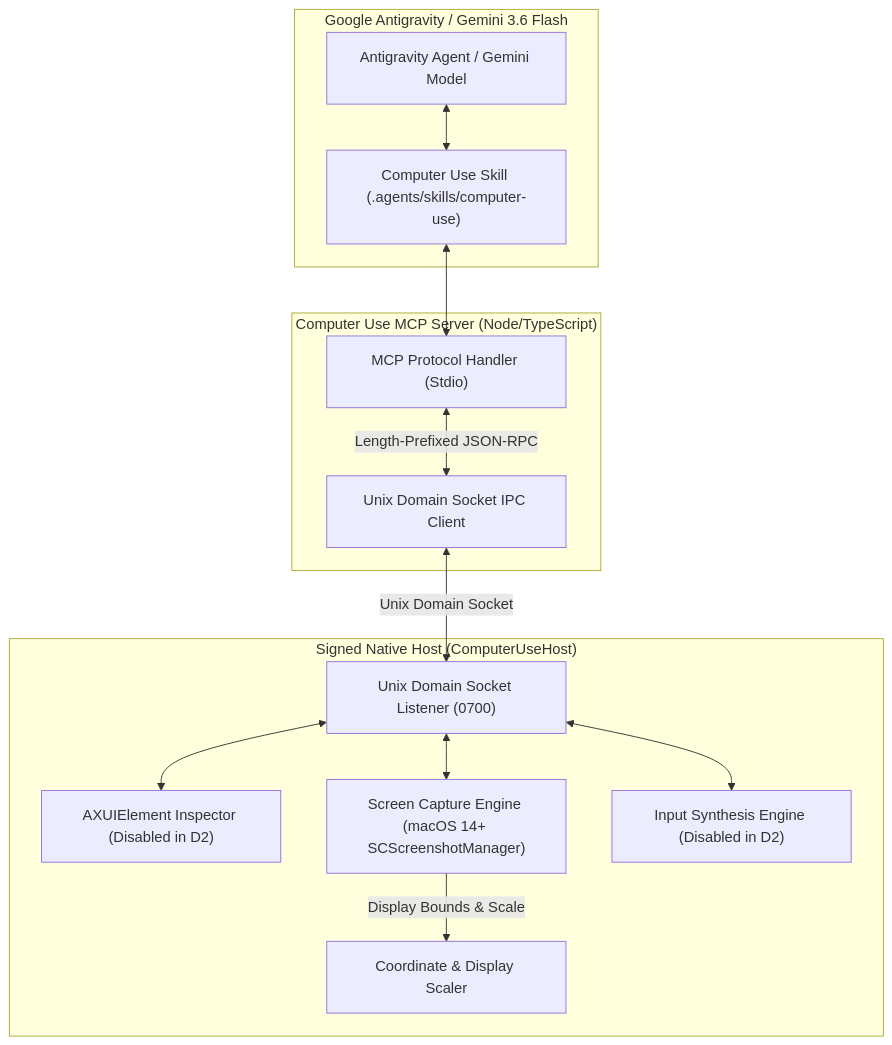
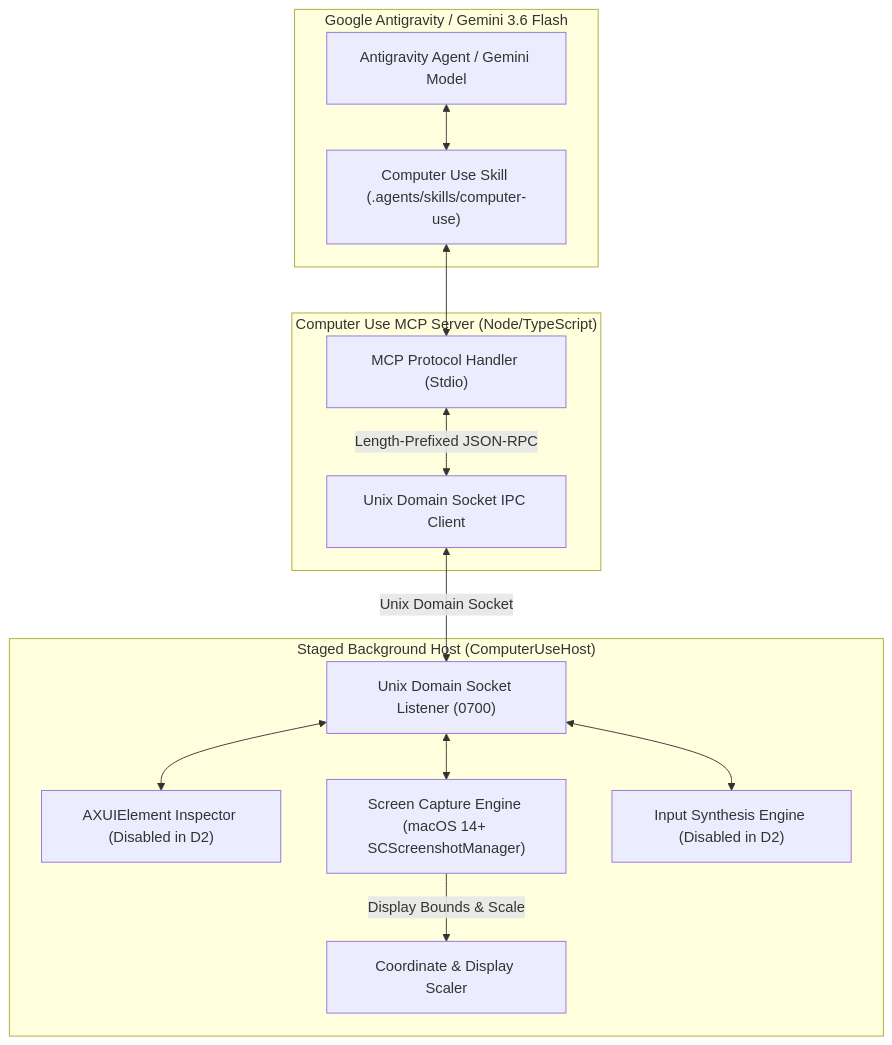
The diagram in README.md (saariuslystoned/agy-computer-use), drawn with Mermaid before and after one commit. The commit also changed 5 other files, not shown here.

````diff
--- a/README.md
+++ b/README.md
@@ -20,29 +20,29 @@
 ```mermaid
 flowchart TD
     subgraph Antigravity ["Google Antigravity / Gemini 3.6 Flash"]
         Agent["Antigravity Agent / Gemini Model"]
         Skill["Computer Use Skill (.agents/skills/computer-use)"]
     end
 
     subgraph Server ["Computer Use MCP Server (Node/TypeScript)"]
         MCP["MCP Protocol Handler (Stdio)"]
         SocketClient["Unix Domain Socket IPC Client"]
     end
 
-    subgraph Native ["Signed Native Host (ComputerUseHost)"]
+    subgraph Native ["Staged Background Host (ComputerUseHost)"]
         SocketServer["Unix Domain Socket Listener (0700)"]
         AXEngine["AXUIElement Inspector (Disabled in D2)"]
         CapEngine["Screen Capture Engine (macOS 14+ SCScreenshotManager)"]
         InputEngine["Input Synthesis Engine (Disabled in D2)"]
         CoordMapper["Coordinate & Display Scaler"]
     end
 
     Agent <--> Skill
     Skill <--> MCP
     MCP <-->|Length-Prefixed JSON-RPC| SocketClient
     SocketClient <-->|Unix Domain Socket| SocketServer
     SocketServer <--> AXEngine
     SocketServer <--> CapEngine
     SocketServer <--> InputEngine
     CapEngine -->|Display Bounds & Scale| CoordMapper
 ```
````
